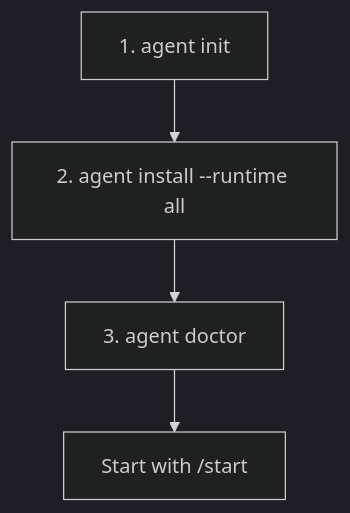
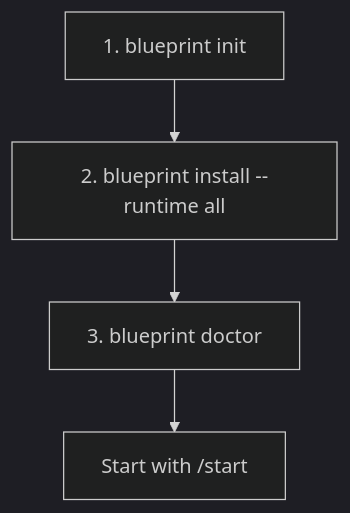
The second of 4 diagrams in README.md (Supparerk23/agent-harness-blueprint), drawn with Mermaid (dark theme) before and after one commit. The commit also changed other lines of this file and 18 other files, not shown here.

````diff
--- a/README.md
+++ b/README.md
@@ -59,6 +59,6 @@
 ```mermaid
 flowchart TD
-  init["1. agent init"] --> install["2. agent install --runtime all"]
-  install --> doctor["3. agent doctor"]
+  init["1. blueprint init"] --> install["2. blueprint install --runtime all"]
+  install --> doctor["3. blueprint doctor"]
   doctor --> work[Start with /start]
 ```
````
